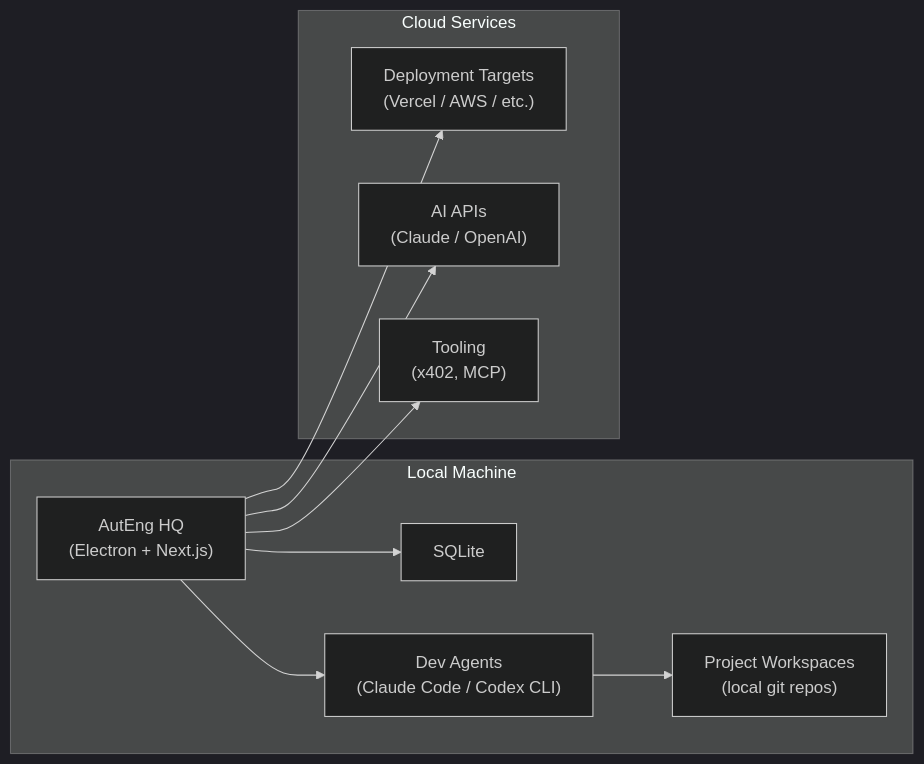
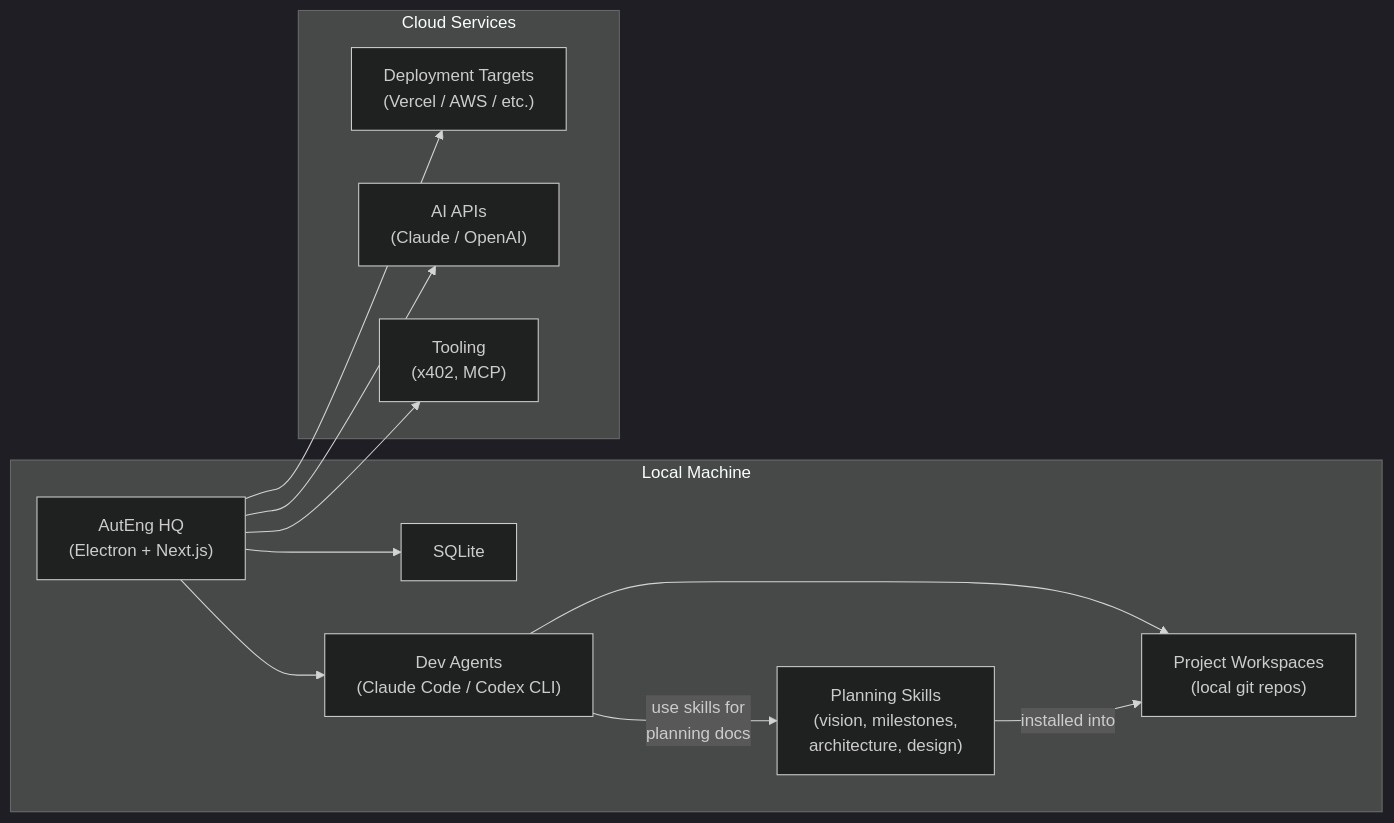
One commit to operator-auteng-ai/hq changed the first of 5 diagrams in docs/ARCH.md. Above: the diagram before and after it, drawn with Mermaid (dark theme). The commit also changed other lines of this file and 1 other file, not shown here.

First line of the commit message:
docs: reframe VISION and ARCH around 0-to-$1 decomposition methodology

````diff
--- a/docs/ARCH.md
+++ b/docs/ARCH.md
@@ -11,22 +11,25 @@
 ```mermaid
 graph LR
     subgraph Local["Local Machine"]
         HQ["AutEng HQ<br/>(Electron + Next.js)"]
         DB["SQLite"]
+        Skills["Planning Skills<br/>(vision, milestones,<br/>architecture, design)"]
         Agents["Dev Agents<br/>(Claude Code / Codex CLI)"]
         Projects["Project Workspaces<br/>(local git repos)"]
     end
 
     subgraph Cloud["Cloud Services"]
         Deploy["Deployment Targets<br/>(Vercel / AWS / etc.)"]
         AI["AI APIs<br/>(Claude / OpenAI)"]
         AutEng["Tooling<br/>(x402, MCP)"]
     end
 
     HQ --> DB
     HQ --> Agents
     HQ --> AutEng
     HQ --> Deploy
     HQ --> AI
     Agents --> Projects
+    Skills -->|"installed into"| Projects
+    Agents -->|"use skills for<br/>planning docs"| Skills
 ```
````
